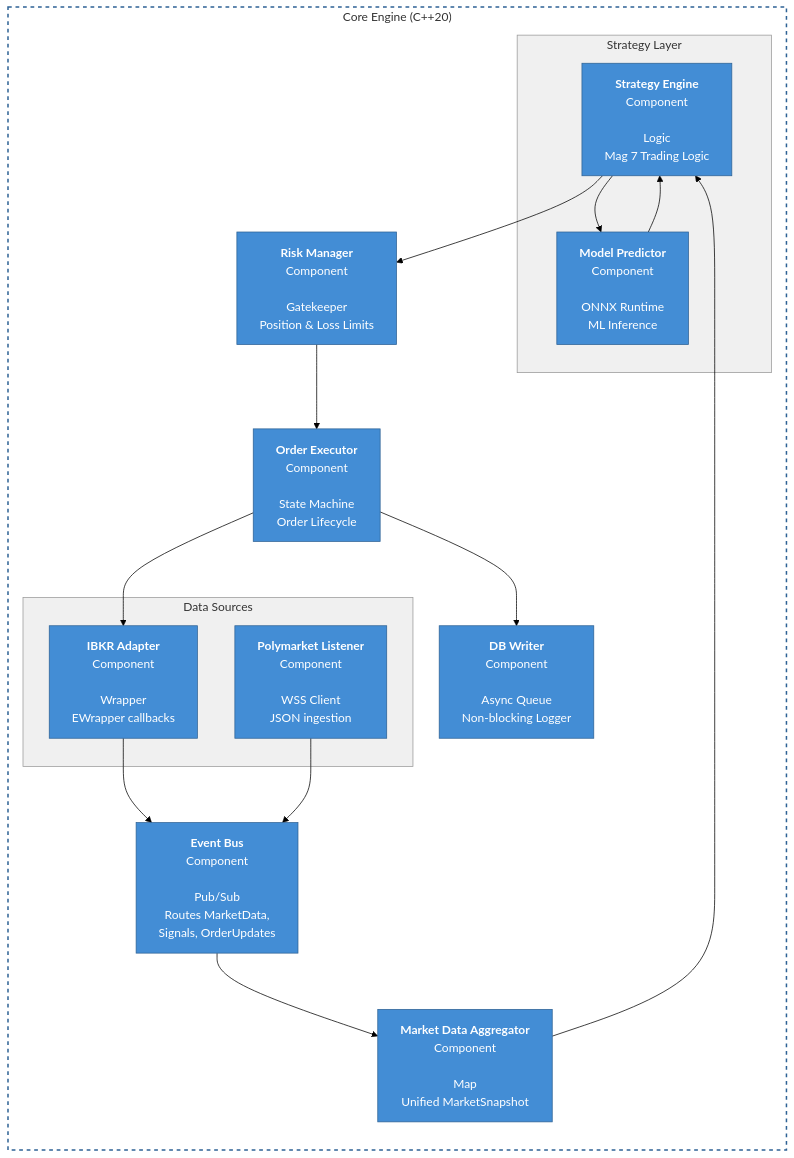
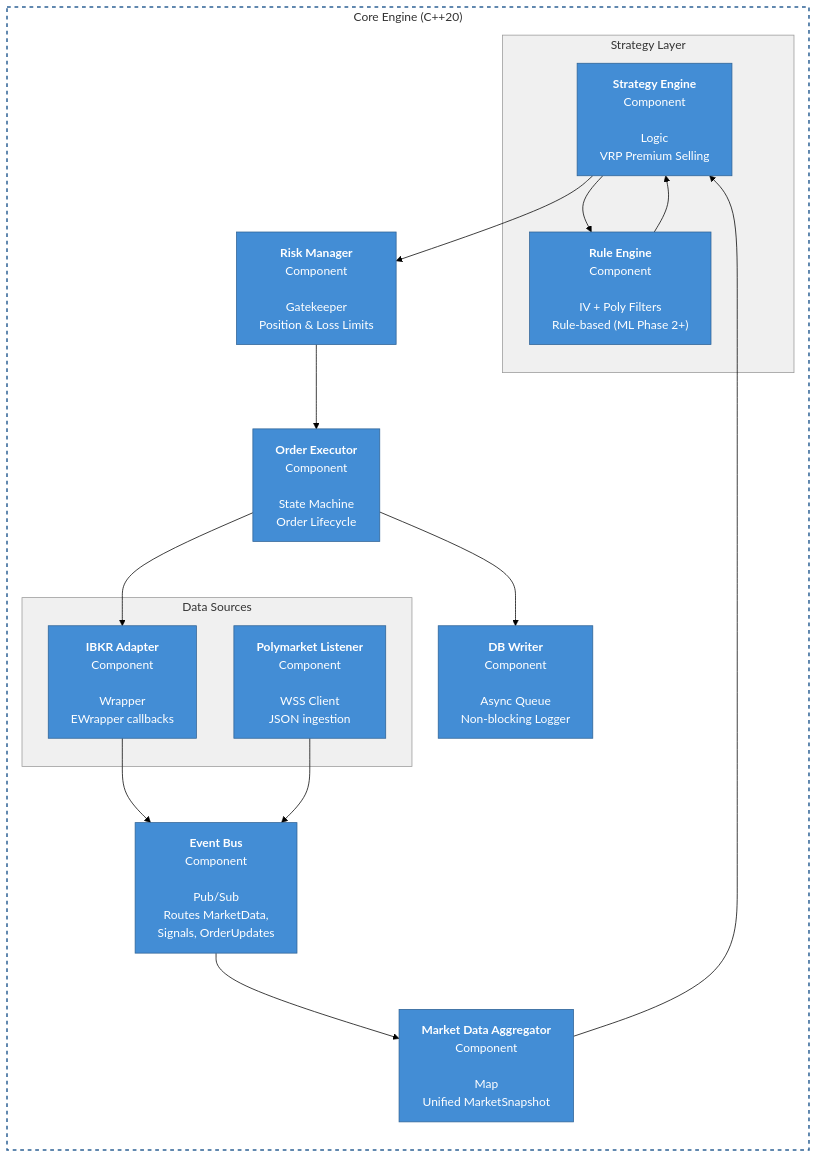
Before and after one commit to wildthingz/polyquant: the third of 3 diagrams in docs/ARCHITECTURE.md, drawn with Mermaid (forest theme). The commit also changed other lines of this file and 10 other files, not shown here.

First line of the commit message:
docs: Pivot strategy from call-buying to VRP premium selling

````diff
--- a/docs/ARCHITECTURE.md
+++ b/docs/ARCHITECTURE.md
@@ -119,50 +119,50 @@
 ```mermaid
 graph LR
     subgraph CoreEngine["Core Engine (C++20)"]
         direction TB
 
         subgraph DataSources["Data Sources"]
             IBKR["<b>IBKR Adapter</b><br/>Component<br/><br/>Wrapper<br/>EWrapper callbacks"]
             Poly["<b>Polymarket Listener</b><br/>Component<br/><br/>WSS Client<br/>JSON ingestion"]
         end
 
         EventBus["<b>Event Bus</b><br/>Component<br/><br/>Pub/Sub<br/>Routes MarketData,<br/>Signals, OrderUpdates"]
 
         DataAgg["<b>Market Data Aggregator</b><br/>Component<br/><br/>Map<br/>Unified MarketSnapshot"]
 
         subgraph StrategyLayer["Strategy Layer"]
-            Strategy["<b>Strategy Engine</b><br/>Component<br/><br/>Logic<br/>Mag 7 Trading Logic"]
-            Predictor["<b>Model Predictor</b><br/>Component<br/><br/>ONNX Runtime<br/>ML Inference"]
+            Strategy["<b>Strategy Engine</b><br/>Component<br/><br/>Logic<br/>VRP Premium Selling"]
+            Predictor["<b>Rule Engine</b><br/>Component<br/><br/>IV + Poly Filters<br/>Rule-based (ML Phase 2+)"]
         end
 
         Risk["<b>Risk Manager</b><br/>Component<br/><br/>Gatekeeper<br/>Position & Loss Limits"]
 
         Execution["<b>Order Executor</b><br/>Component<br/><br/>State Machine<br/>Order Lifecycle"]
 
         DBWriter["<b>DB Writer</b><br/>Component<br/><br/>Async Queue<br/>Non-blocking Logger"]
     end
 
     IBKR --> EventBus
     Poly --> EventBus
     EventBus --> DataAgg
     DataAgg --> Strategy
     Strategy --> Predictor
     Predictor --> Strategy
     Strategy --> Risk
     Risk --> Execution
     Execution --> IBKR
     Execution --> DBWriter
 
     style IBKR fill:#438dd5,stroke:#2e6295,color:#fff
     style Poly fill:#438dd5,stroke:#2e6295,color:#fff
     style EventBus fill:#438dd5,stroke:#2e6295,color:#fff
     style DataAgg fill:#438dd5,stroke:#2e6295,color:#fff
     style Strategy fill:#438dd5,stroke:#2e6295,color:#fff
     style Predictor fill:#438dd5,stroke:#2e6295,color:#fff
     style Risk fill:#438dd5,stroke:#2e6295,color:#fff
     style Execution fill:#438dd5,stroke:#2e6295,color:#fff
     style DBWriter fill:#438dd5,stroke:#2e6295,color:#fff
     style CoreEngine fill:#fff,stroke:#2e6295,stroke-width:2px,stroke-dasharray: 5 5
     style DataSources fill:#f0f0f0,stroke:#999,stroke-width:1px
     style StrategyLayer fill:#f0f0f0,stroke:#999,stroke-width:1px
 ```
````
